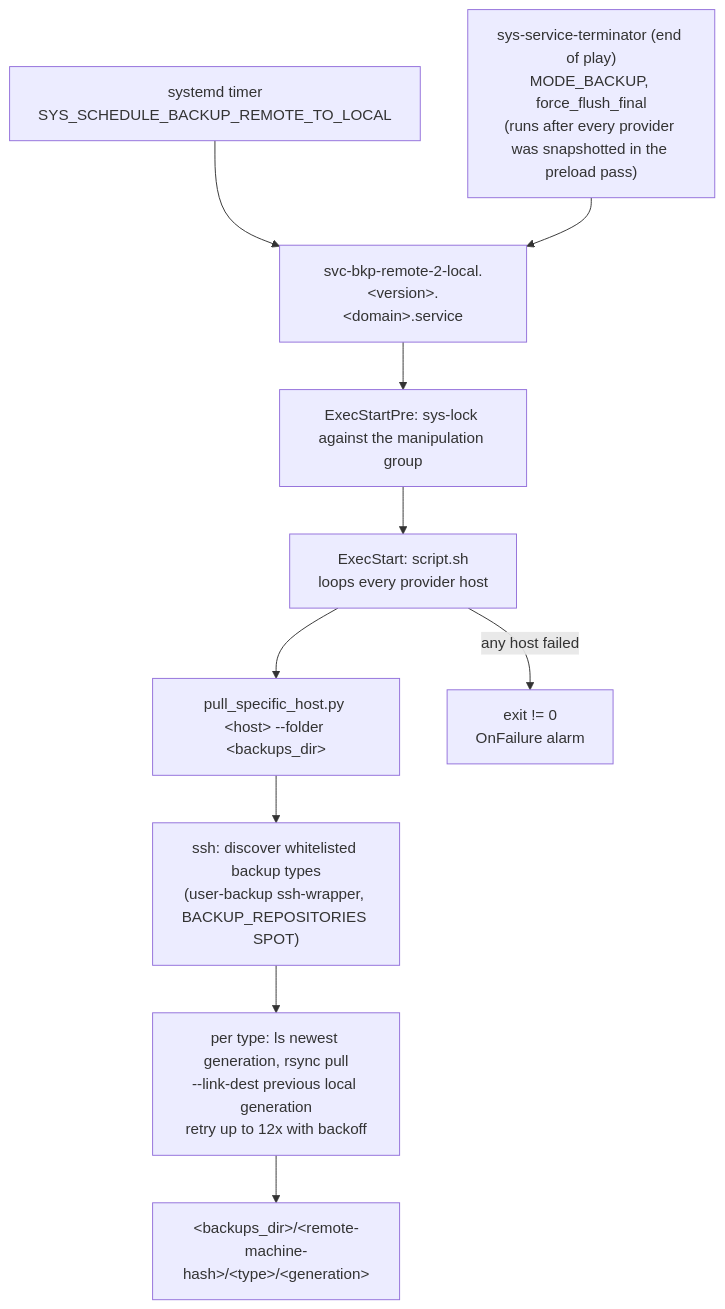
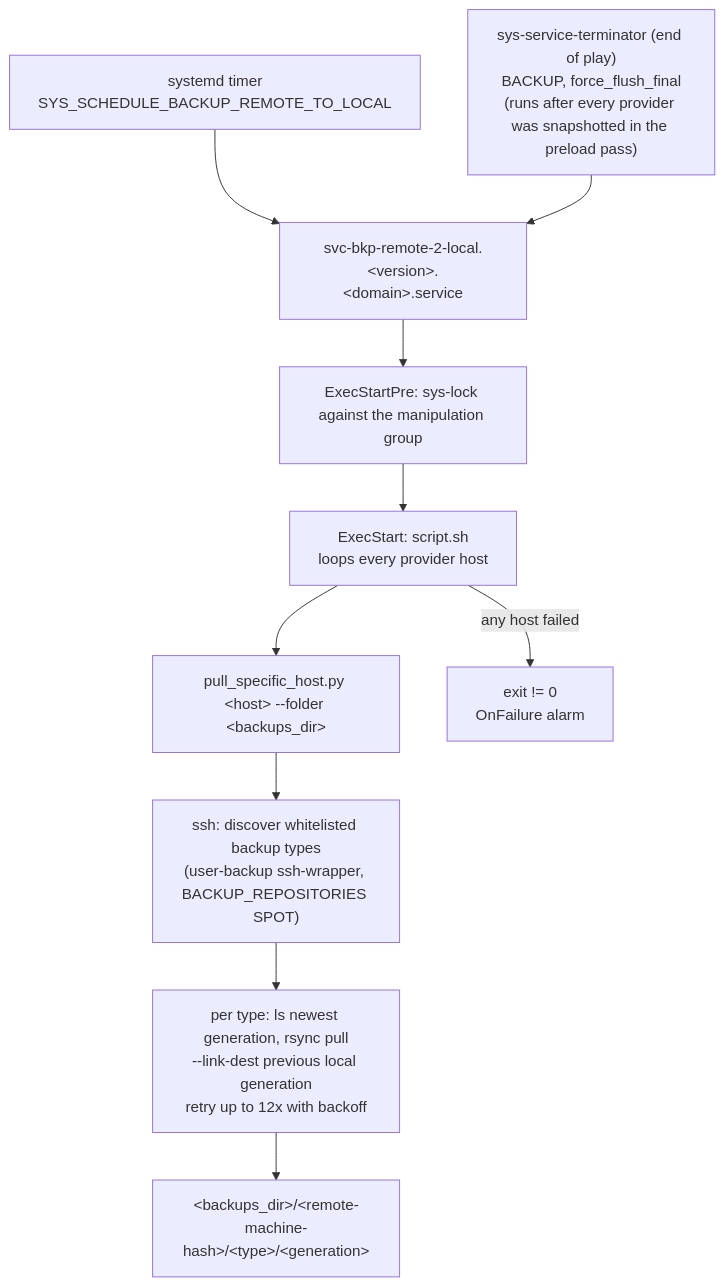
One commit to infinito-nexus/core changed the diagram in roles/svc-bkp-remote-2-local/README.md. Above: the diagram before and after it, drawn with Mermaid. The commit also changed 220 other files, not shown here.

````diff
--- a/roles/svc-bkp-remote-2-local/README.md
+++ b/roles/svc-bkp-remote-2-local/README.md
@@ -15,12 +15,12 @@
 ```mermaid
 flowchart TD
     TIMER["systemd timer<br>SYS_SCHEDULE_BACKUP_REMOTE_TO_LOCAL"] --> UNIT
-    FORCE["sys-service-terminator (end of play)<br>MODE_BACKUP, force_flush_final<br>(runs after every provider was snapshotted in the preload pass)"] --> UNIT
+    FORCE["sys-service-terminator (end of play)<br>BACKUP, force_flush_final<br>(runs after every provider was snapshotted in the preload pass)"] --> UNIT
     UNIT["svc-bkp-remote-2-local.&lt;version&gt;.&lt;domain&gt;.service"] --> LOCK["ExecStartPre: sys-lock against the manipulation group"]
     LOCK --> SCRIPT["ExecStart: script.sh<br>loops every provider host"]
     SCRIPT --> PULL["pull_specific_host.py &lt;host&gt; --folder &lt;backups_dir&gt;"]
     PULL --> DISCOVER["ssh: discover whitelisted backup types<br>(user-backup ssh-wrapper, BACKUP_REPOSITORIES SPOT)"]
     DISCOVER --> RSYNC["per type: ls newest generation, rsync pull<br>--link-dest previous local generation<br>retry up to 12x with backoff"]
     RSYNC --> TREE["&lt;backups_dir&gt;/&lt;remote-machine-hash&gt;/&lt;type&gt;/&lt;generation&gt;"]
     SCRIPT -->|any host failed| FAIL["exit != 0<br>OnFailure alarm"]
 ```
````
